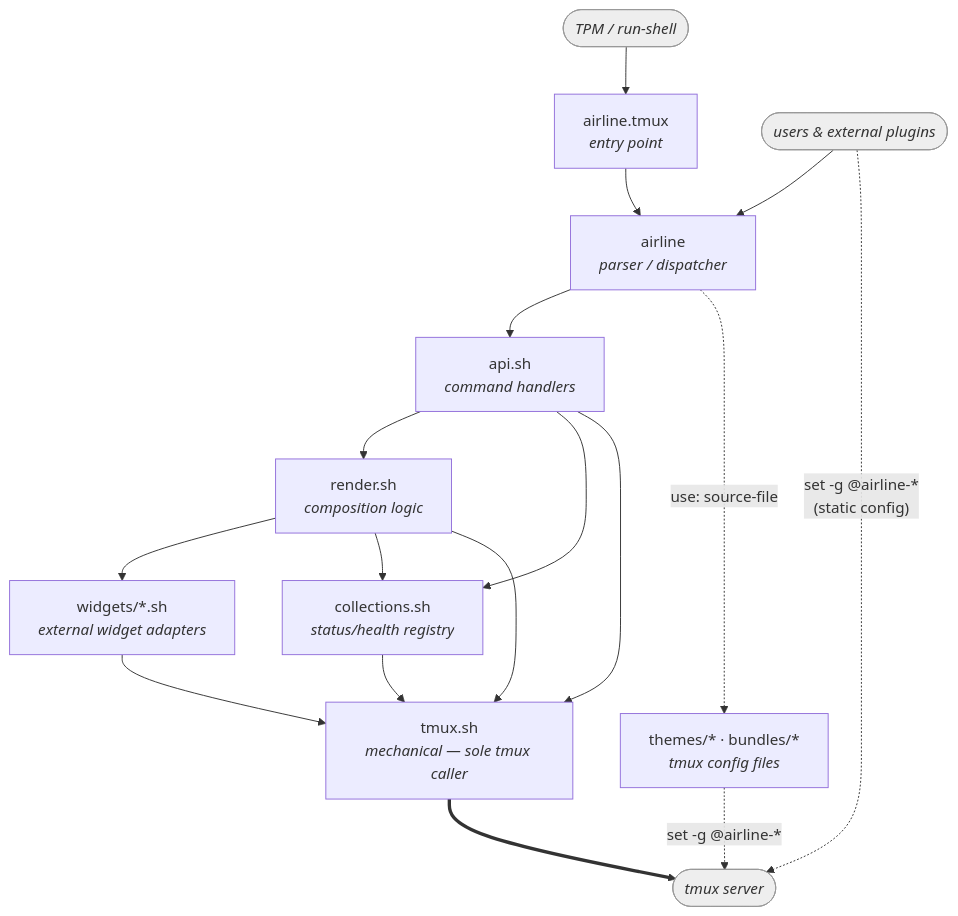
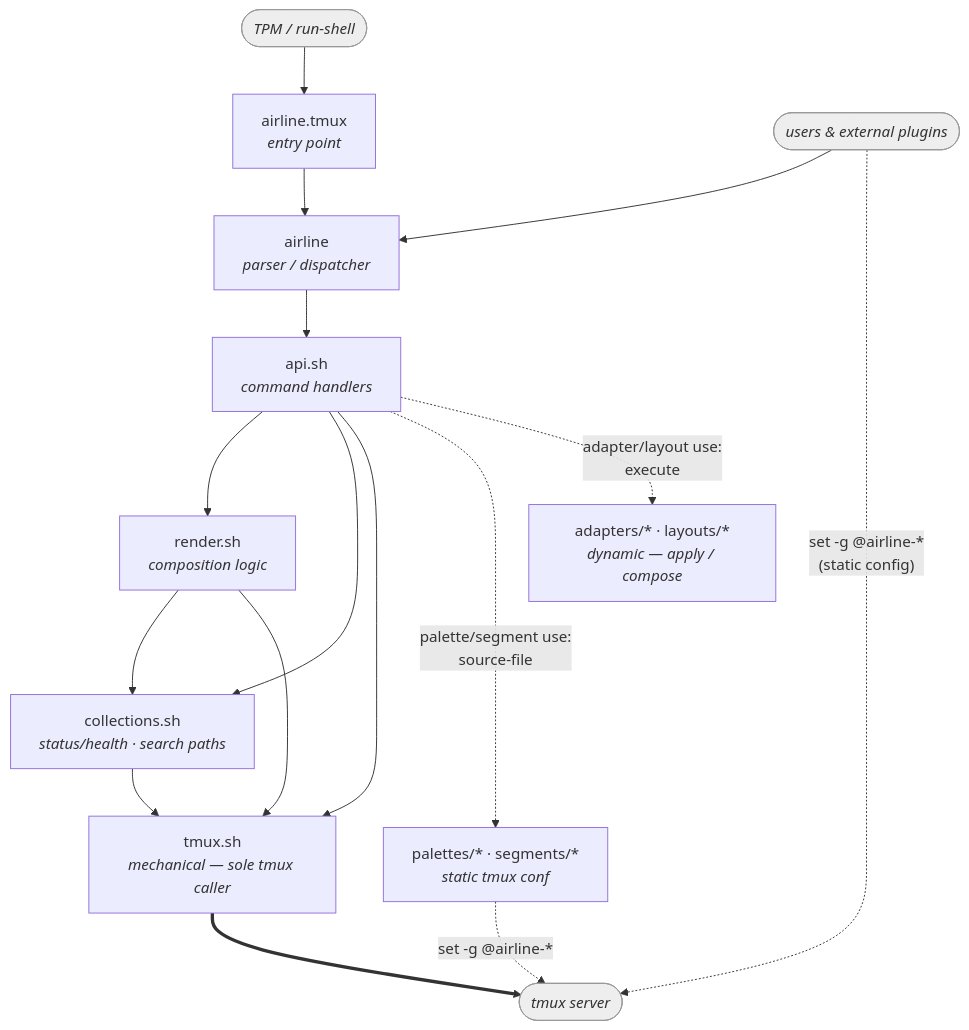
One commit to andrewjstryker/tmux-airline changed the first of 3 diagrams in DESIGN.md. Above: the diagram before and after it, drawn with Mermaid. The commit also changed other lines of this file and 20 other files, not shown here.

````diff
--- a/DESIGN.md
+++ b/DESIGN.md
@@ -89,21 +95,20 @@
 ```mermaid
 graph TD
     TPM([TPM / run-shell]):::ext --> ENTRY["airline.tmux<br/><i>entry point</i>"]
     EXT([users &amp; external plugins]):::ext --> CLI["airline<br/><i>parser / dispatcher</i>"]
     ENTRY --> CLI
     CLI --> API["api.sh<br/><i>command handlers</i>"]
     API --> LOGIC["render.sh<br/><i>composition logic</i>"]
-    API --> COLL
-    LOGIC --> WIDGETS["widgets/*.sh<br/><i>external widget adapters</i>"]
-    LOGIC --> COLL["collections.sh<br/><i>status/health registry</i>"]
+    API --> COLL["collections.sh<br/><i>status/health · search paths</i>"]
+    LOGIC --> COLL
     LOGIC --> MECH["tmux.sh<br/><i>mechanical — sole tmux caller</i>"]
     API --> MECH
-    WIDGETS --> MECH
     COLL --> MECH
     EXT -. "set -g @airline-*<br/>(static config)" .-> TMUX
-    CLI -. "use: source-file" .-> DATA["themes/* · bundles/*<br/><i>tmux config files</i>"]
-    DATA -. "set -g @airline-*" .-> TMUX
+    API -. "palette/segment use:<br/>source-file" .-> STATIC["palettes/* · segments/*<br/><i>static tmux conf</i>"]
+    API -. "adapter/layout use:<br/>execute" .-> DYN["adapters/* · layouts/*<br/><i>dynamic — apply / compose</i>"]
+    STATIC -. "set -g @airline-*" .-> TMUX
     MECH ==> TMUX([tmux server]):::ext
 
     classDef ext fill:#eee,stroke:#999,color:#333,font-style:italic;
 ```
````
